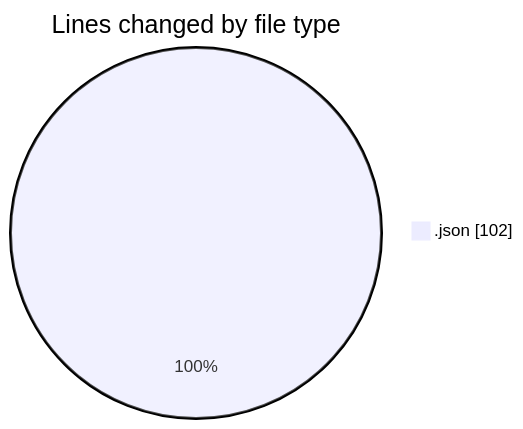
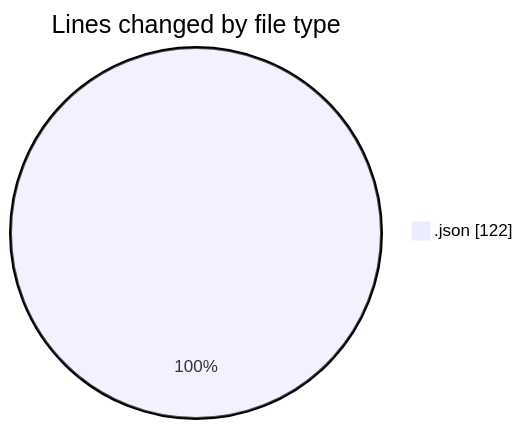
The first of 2 diagrams in 2025-07-29/refunds/README.md (EIIisD/code-tracking), drawn with Mermaid before and after one commit. The commit also changed other lines of this file and 1 other file, not shown here.

````diff
--- a/2025-07-29/refunds/README.md
+++ b/2025-07-29/refunds/README.md
@@ -20,5 +20,5 @@
 ```mermaid
 pie showData
 title Lines changed by file type
-".json" : 102
+".json" : 122
 ```
````
